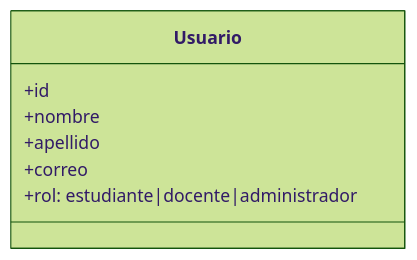
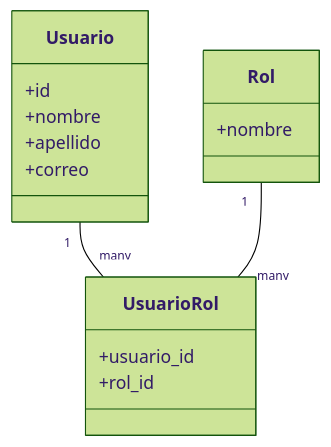
The third of 14 diagrams in README.md (elunboundfiremail/WebAppAcademico), drawn with Mermaid (forest theme) before and after one commit. The commit also changed other lines of this file, not shown here.

````diff
--- a/README.md
+++ b/README.md
@@ -142,10 +156,18 @@
 ```mermaid
 classDiagram
   class Usuario {
     +id
     +nombre
     +apellido
     +correo
-    +rol: estudiante|docente|administrador
   }
+  class Rol {
+    +nombre
+  }
+  class UsuarioRol {
+    +usuario_id
+    +rol_id
+  }
+  Usuario "1" -- "many" UsuarioRol
+  Rol "1" -- "many" UsuarioRol
 ```
````
